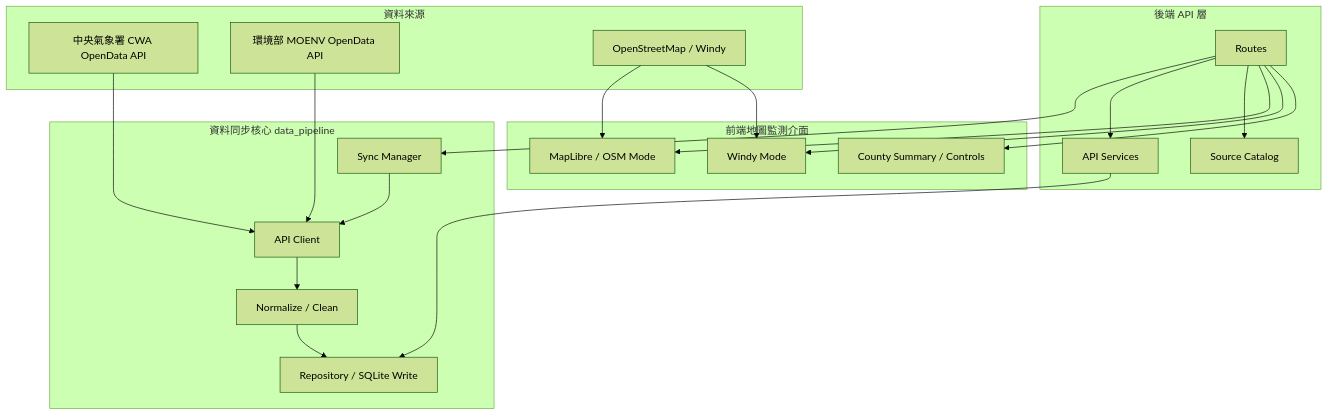
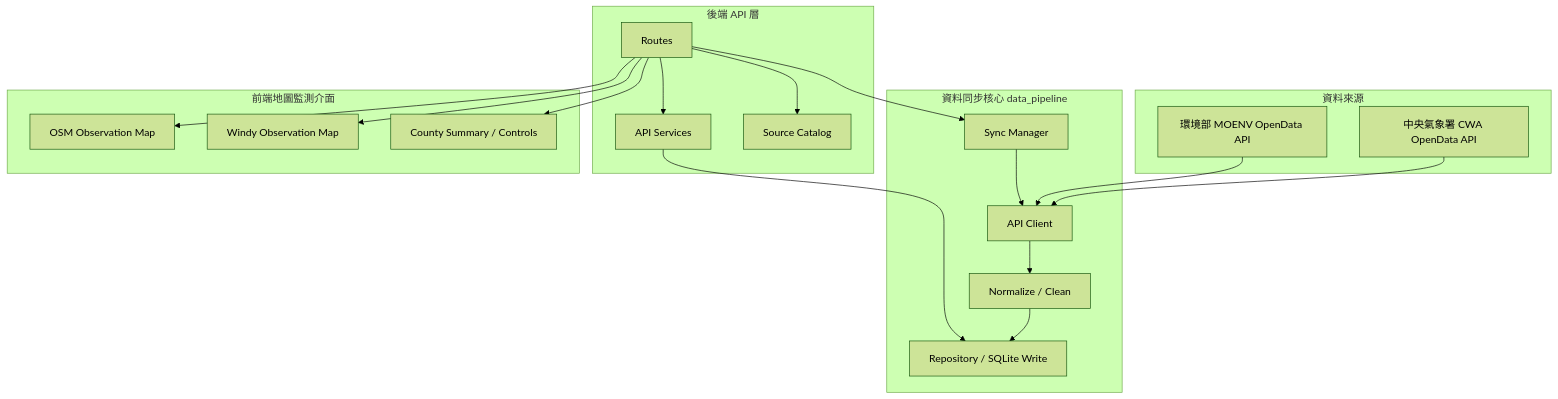
One commit to dec591nyc/Cwa-Weather-Crawler changed the diagram in README.md. Above: the diagram before and after it, drawn with Mermaid (forest theme). The commit also changed other lines of this file and 14 other files, not shown here.

Commit message:
feat: integrate Windy.com map visualization with real-time weather and air quality observation markers

````diff
--- a/README.md
+++ b/README.md
@@ -35,42 +35,39 @@
 ```mermaid
 flowchart TD
     subgraph "資料來源"
         A[中央氣象署 CWA OpenData API]
         B[環境部 MOENV OpenData API]
-        C[OpenStreetMap / Windy]
     end
 
     subgraph "資料同步核心 data_pipeline"
         D[API Client]
         E[Normalize / Clean]
         F[Repository / SQLite Write]
         M[Sync Manager]
     end
 
     subgraph "後端 API 層"
         R[Routes]
         S[API Services]
         Q[Source Catalog]
     end
 
     subgraph "前端地圖監測介面"
-        G[MapLibre / OSM Mode]
-        H[Windy Mode]
+        G[OSM Observation Map]
+        H[Windy Observation Map]
         I[County Summary / Controls]
     end
 
     A --> D
     B --> D
     D --> E
     E --> F
     M --> D
     R --> M
     R --> S
     R --> Q
     S --> F
     R --> G
     R --> H
     R --> I
-    C --> G
-    C --> H
 ```
````
